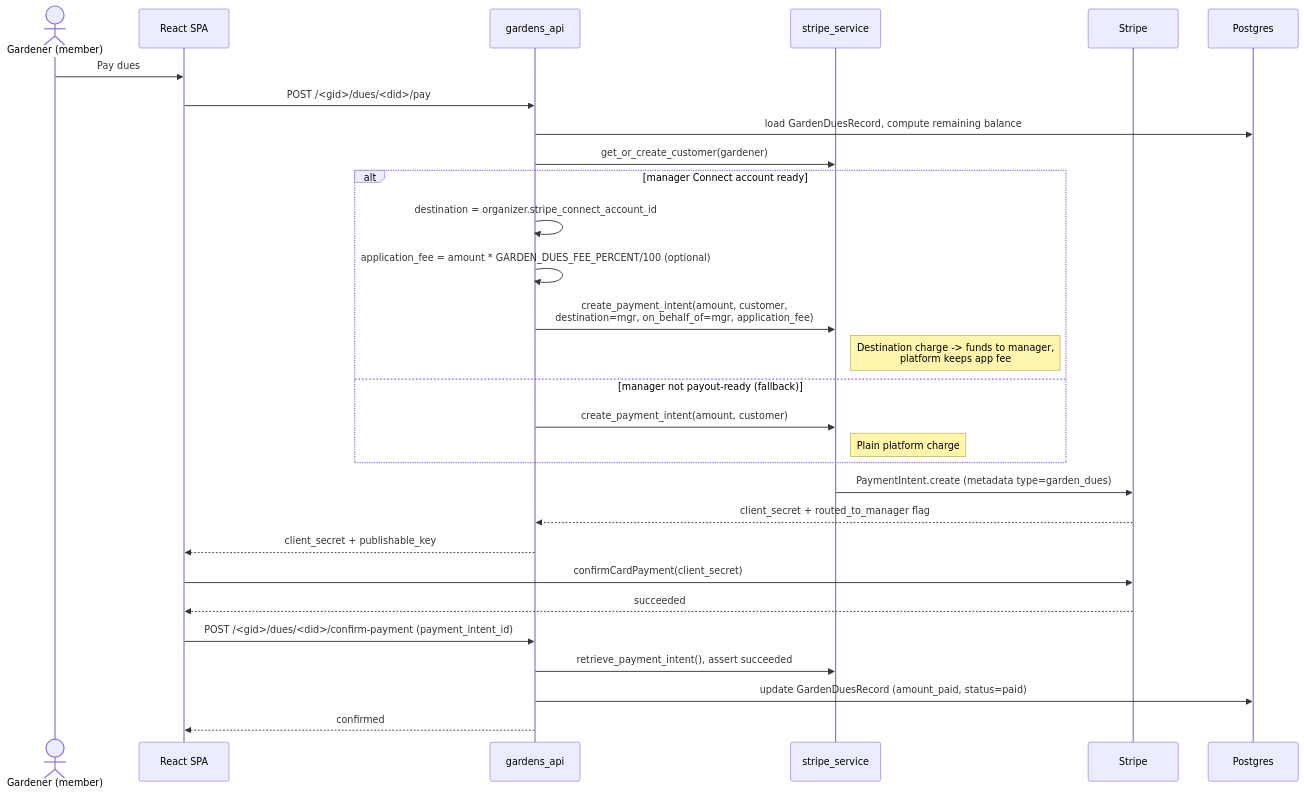
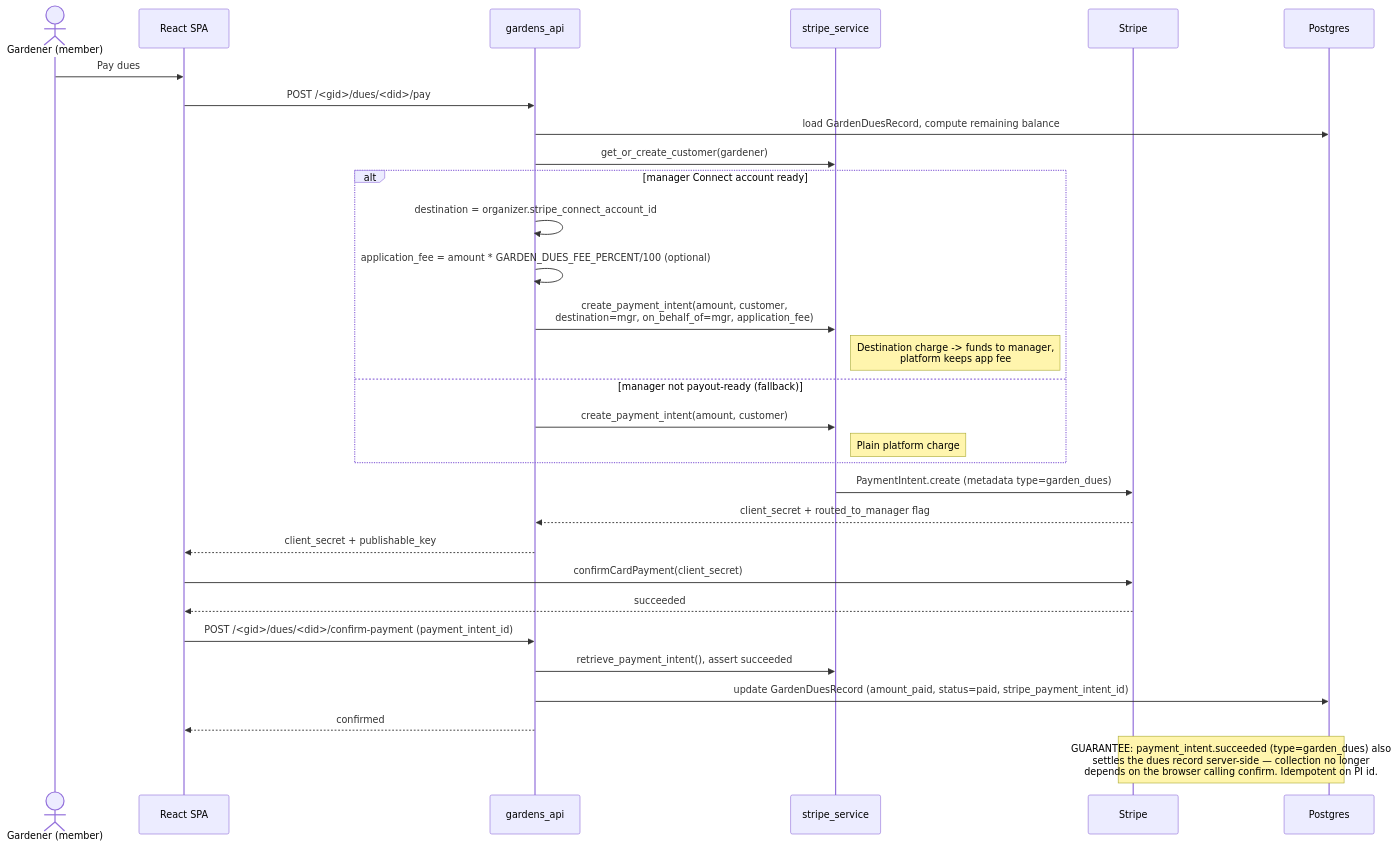
The third of 4 diagrams in docs/architecture/05-payments.md (mchine73/yardharvest), drawn with Mermaid before and after one commit. The commit also changed other lines of this file, not shown here.

First line of the commit message:
docs: payments architecture for Express, webhook idempotency, dues guarantee

````diff
--- a/docs/architecture/05-payments.md
+++ b/docs/architecture/05-payments.md
@@ -96,32 +104,33 @@
 ```mermaid
 sequenceDiagram
     actor G as Gardener (member)
     participant FE as React SPA
     participant GA as gardens_api
     participant SS as stripe_service
     participant ST as Stripe
     participant DB as Postgres
 
     G->>FE: Pay dues
     FE->>GA: POST /<gid>/dues/<did>/pay
     GA->>DB: load GardenDuesRecord, compute remaining balance
     GA->>SS: get_or_create_customer(gardener)
     alt manager Connect account ready
         GA->>GA: destination = organizer.stripe_connect_account_id
         GA->>GA: application_fee = amount * GARDEN_DUES_FEE_PERCENT/100 (optional)
         GA->>SS: create_payment_intent(amount, customer,<br/>destination=mgr, on_behalf_of=mgr, application_fee)
         Note right of SS: Destination charge -> funds to manager,<br/>platform keeps app fee
     else manager not payout-ready (fallback)
         GA->>SS: create_payment_intent(amount, customer)
         Note right of SS: Plain platform charge
     end
     SS->>ST: PaymentIntent.create (metadata type=garden_dues)
     ST-->>GA: client_secret + routed_to_manager flag
     GA-->>FE: client_secret + publishable_key
     FE->>ST: confirmCardPayment(client_secret)
     ST-->>FE: succeeded
     FE->>GA: POST /<gid>/dues/<did>/confirm-payment (payment_intent_id)
     GA->>SS: retrieve_payment_intent(), assert succeeded
-    GA->>DB: update GardenDuesRecord (amount_paid, status=paid)
+    GA->>DB: update GardenDuesRecord (amount_paid, status=paid, stripe_payment_intent_id)
     GA-->>FE: confirmed
+    Note over ST,DB: GUARANTEE: payment_intent.succeeded (type=garden_dues) also<br/>settles the dues record server-side — collection no longer<br/>depends on the browser calling confirm. Idempotent on PI id.
 ```
````
